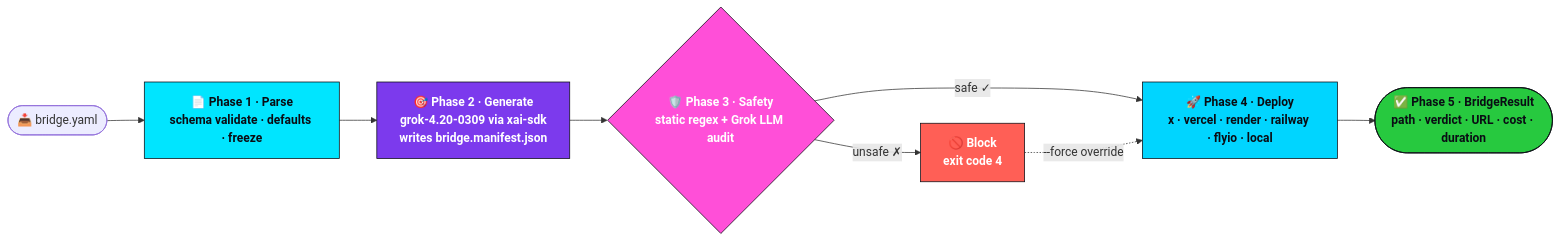
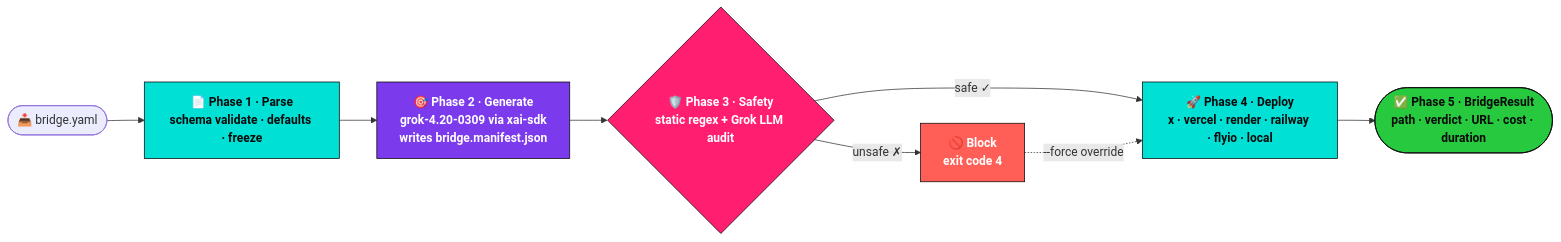
Before and after one commit to AgentMindCloud/grok-build-bridge: the second of 2 diagrams in README.md, drawn with Mermaid. The commit also changed other lines of this file and 1 other file, not shown here.

````diff
--- a/README.md
+++ b/README.md
@@ -210,18 +323,18 @@
 ```mermaid
 flowchart LR
-    classDef parse  fill:#00E5FF,stroke:#0A0D14,color:#0A0D14,font-weight:bold
-    classDef gen    fill:#7C3AED,stroke:#0A0D14,color:#FFFFFF,font-weight:bold
-    classDef safety fill:#FF4FD8,stroke:#0A0D14,color:#FFFFFF,font-weight:bold
-    classDef deploy fill:#00D5FF,stroke:#0A0D14,color:#0A0D14,font-weight:bold
-    classDef result fill:#27C93F,stroke:#0A0D14,color:#0A0D14,font-weight:bold
-    classDef block  fill:#FF5F56,stroke:#0A0D14,color:#FFFFFF,font-weight:bold
+    classDef parse  fill:#00E0D5,stroke:#0A0A0A,color:#0A0A0A,font-weight:bold
+    classDef gen    fill:#7C3AED,stroke:#0A0A0A,color:#FFFFFF,font-weight:bold
+    classDef safety fill:#FF1E70,stroke:#0A0A0A,color:#FFFFFF,font-weight:bold
+    classDef deploy fill:#00E0D5,stroke:#0A0A0A,color:#0A0A0A,font-weight:bold
+    classDef result fill:#27C93F,stroke:#0A0A0A,color:#0A0A0A,font-weight:bold
+    classDef block  fill:#FF5F56,stroke:#0A0A0A,color:#FFFFFF,font-weight:bold
 
     Y([📥 bridge.yaml]) --> A
     A["📄 Phase 1 · Parse<br/>schema validate · defaults · freeze"]:::parse --> B
     B["🎯 Phase 2 · Generate<br/>grok-4.20-0309 via xai-sdk<br/>writes bridge.manifest.json"]:::gen --> C
     C{"🛡️ Phase 3 · Safety<br/>static regex + Grok LLM audit"}:::safety
     C -->|"safe ✓"| D["🚀 Phase 4 · Deploy<br/>x · vercel · render · railway · flyio · local"]:::deploy
     C -->|"unsafe ✗"| BLK["🚫 Block<br/>exit code 4"]:::block
     D --> E([✅ Phase 5 · BridgeResult<br/>path · verdict · URL · cost · duration]):::result
     BLK -. "--force override" .-> D
 ```
````
